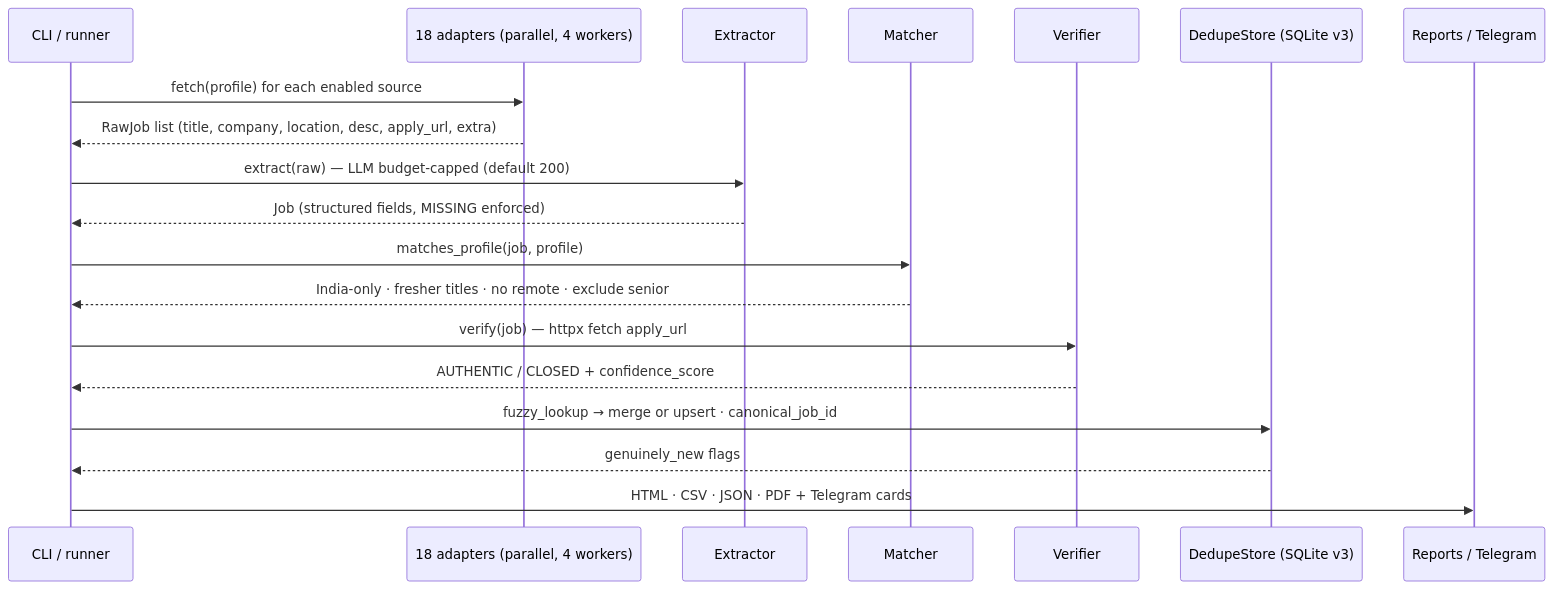
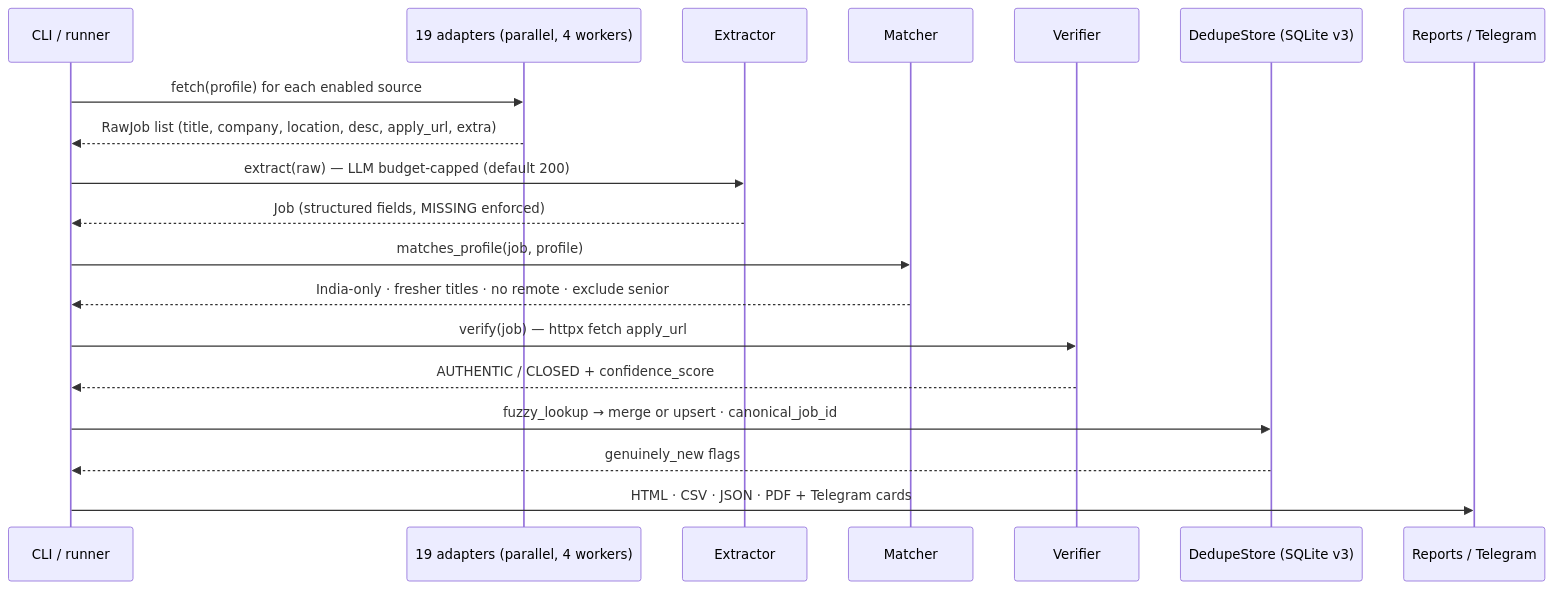
Before and after one commit to Inayat-0007/jobharness: the second of 2 diagrams in README.md, drawn with Mermaid. The commit also changed other lines of this file and 76 other files, not shown here.

````diff
--- a/README.md
+++ b/README.md
@@ -96,22 +97,22 @@
 ```mermaid
 sequenceDiagram
     participant CLI as CLI / runner
-    participant AD as 18 adapters (parallel, 4 workers)
+    participant AD as 19 adapters (parallel, 4 workers)
     participant EX as Extractor
     participant MT as Matcher
     participant VF as Verifier
     participant DD as DedupeStore (SQLite v3)
     participant RP as Reports / Telegram
 
     CLI->>AD: fetch(profile) for each enabled source
     AD-->>CLI: RawJob list (title, company, location, desc, apply_url, extra)
     CLI->>EX: extract(raw) — LLM budget-capped (default 200)
     EX-->>CLI: Job (structured fields, MISSING enforced)
     CLI->>MT: matches_profile(job, profile)
     MT-->>CLI: India-only · fresher titles · no remote · exclude senior
     CLI->>VF: verify(job) — httpx fetch apply_url
     VF-->>CLI: AUTHENTIC / CLOSED + confidence_score
     CLI->>DD: fuzzy_lookup → merge or upsert · canonical_job_id
     DD-->>CLI: genuinely_new flags
     CLI->>RP: HTML · CSV · JSON · PDF + Telegram cards
 ```
````
